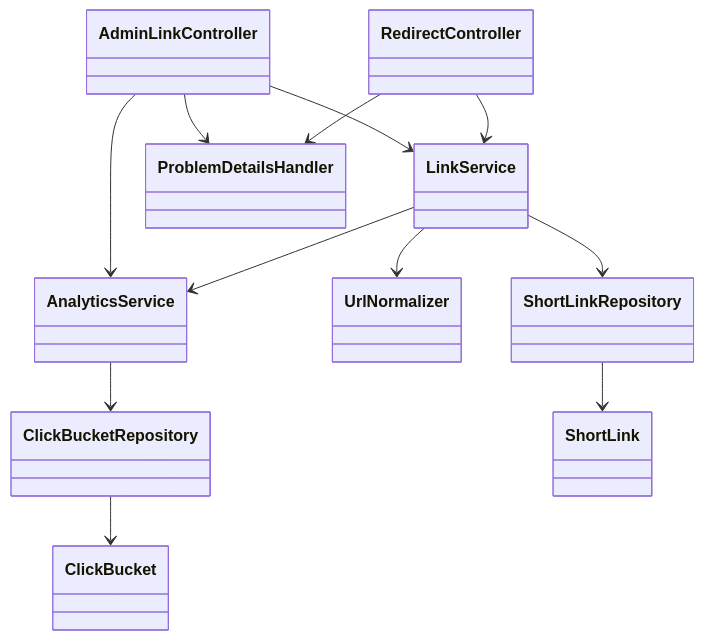
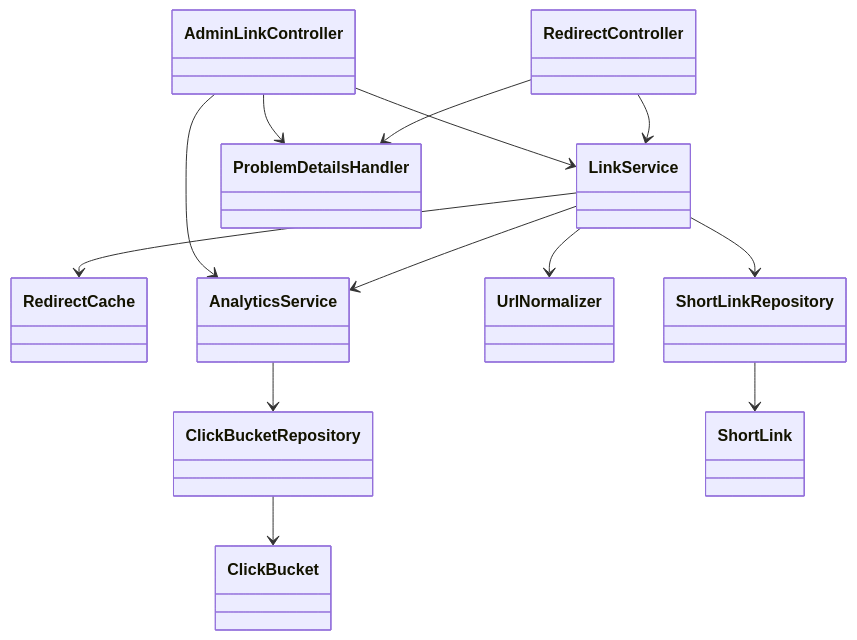
The second of 6 diagrams in .workitems/FEATURE001/EPIC001/solution-arch.md (abhjit603/url-shortener-schwab-test), drawn with Mermaid before and after one commit. The commit also changed other lines of this file and 21 other files, not shown here.

Commit message:
feat(url-shortener): Add bounded redirect metadata cache

````diff
--- a/.workitems/FEATURE001/EPIC001/solution-arch.md
+++ b/.workitems/FEATURE001/EPIC001/solution-arch.md
@@ -156,25 +163,27 @@
 ```mermaid
 classDiagram
   class AdminLinkController
   class RedirectController
   class LinkService
+  class RedirectCache
   class AnalyticsService
   class UrlNormalizer
   class ShortLinkRepository
   class ClickBucketRepository
   class ShortLink
   class ClickBucket
   class ProblemDetailsHandler
 
   AdminLinkController --> LinkService
   AdminLinkController --> AnalyticsService
   RedirectController --> LinkService
+  LinkService --> RedirectCache
   LinkService --> UrlNormalizer
   LinkService --> ShortLinkRepository
   LinkService --> AnalyticsService
   AnalyticsService --> ClickBucketRepository
   ShortLinkRepository --> ShortLink
   ClickBucketRepository --> ClickBucket
   AdminLinkController --> ProblemDetailsHandler
   RedirectController --> ProblemDetailsHandler
 ```
````
